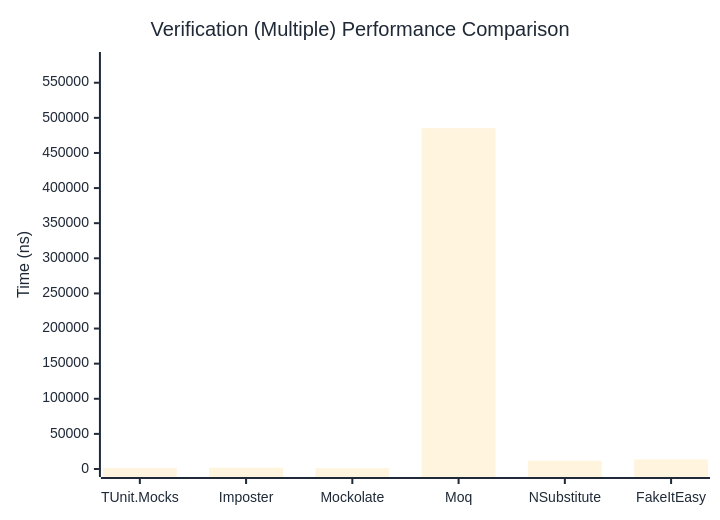
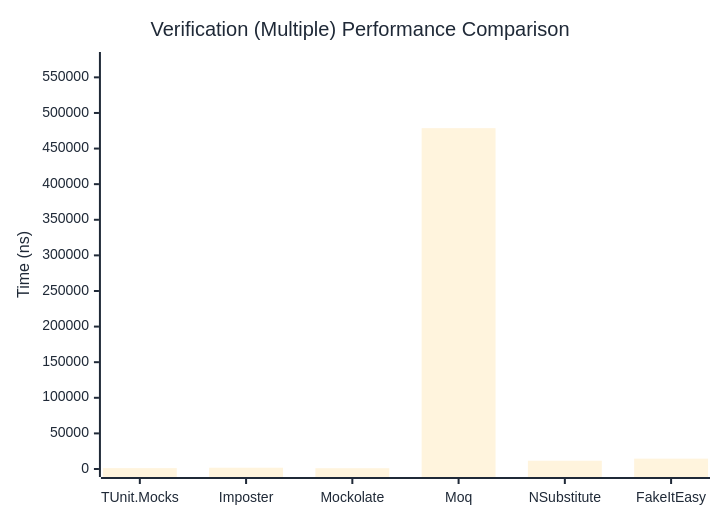
One commit to thomhurst/TUnit changed the third of 3 diagrams in docs/docs/benchmarks/mocks/Verification.md. Above: the diagram before and after it, drawn with Mermaid. The commit also changed other lines of this file and 14 other files, not shown here.

````diff
--- a/docs/docs/benchmarks/mocks/Verification.md
+++ b/docs/docs/benchmarks/mocks/Verification.md
@@ -112,27 +112,27 @@
 ```mermaid
 %%{init: {
   'theme':'base',
   'themeVariables': {
     'primaryColor': '#2563eb',
     'primaryTextColor': '#1f2937',
     'primaryBorderColor': '#1e40af',
     'lineColor': '#6b7280',
     'secondaryColor': '#7c3aed',
     'tertiaryColor': '#dc2626',
     'background': '#ffffff',
     'pie1': '#2563eb',
     'pie2': '#7c3aed',
     'pie3': '#dc2626',
     'pie4': '#f59e0b',
     'pie5': '#10b981',
     'pie6': '#06b6d4',
     'pie7': '#ec4899',
     'pie8': '#6366f1'
   }
 }}%%
 xychart-beta
   title "Verification (Multiple) Performance Comparison"
   x-axis ["TUnit.Mocks", "Imposter", "Mockolate", "Moq", "NSubstitute", "FakeItEasy"]
-  y-axis "Time (ns)" 0 --> 582355
-  bar [1358.55, 1875.53, 1172.54, 485295.42, 11762.84, 13619.35]
+  y-axis "Time (ns)" 0 --> 574369
+  bar [1227.78, 1787.81, 1115.71, 478640.59, 11611.44, 14538.89]
 ```
````
